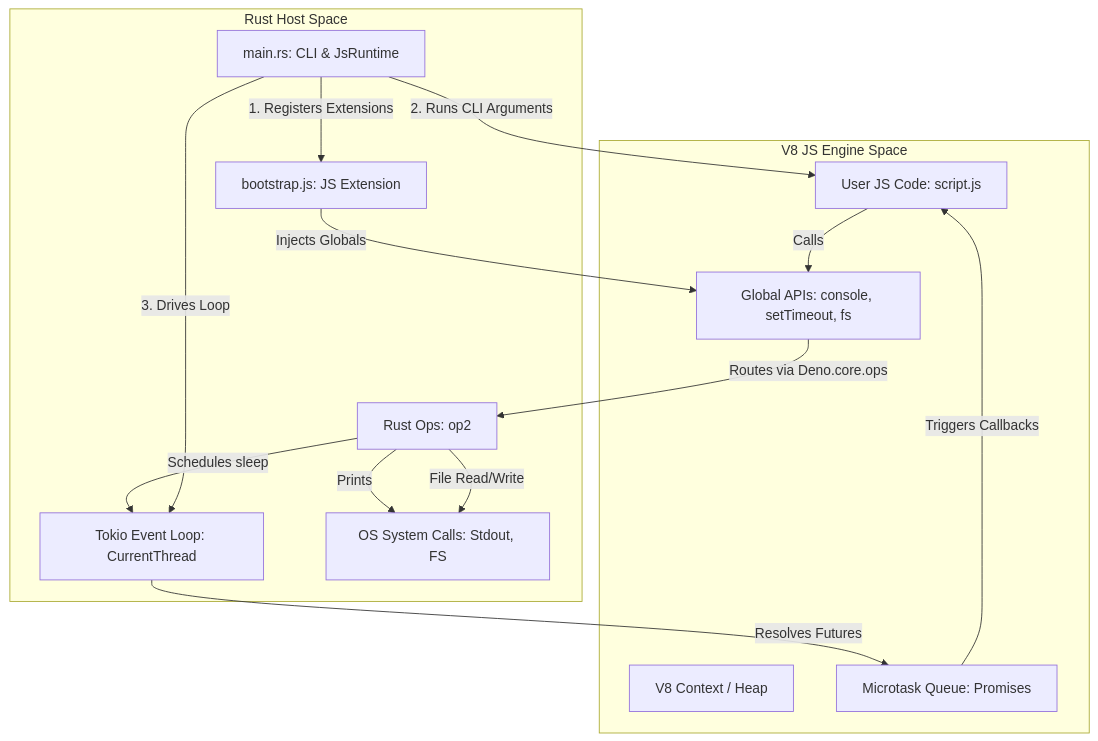
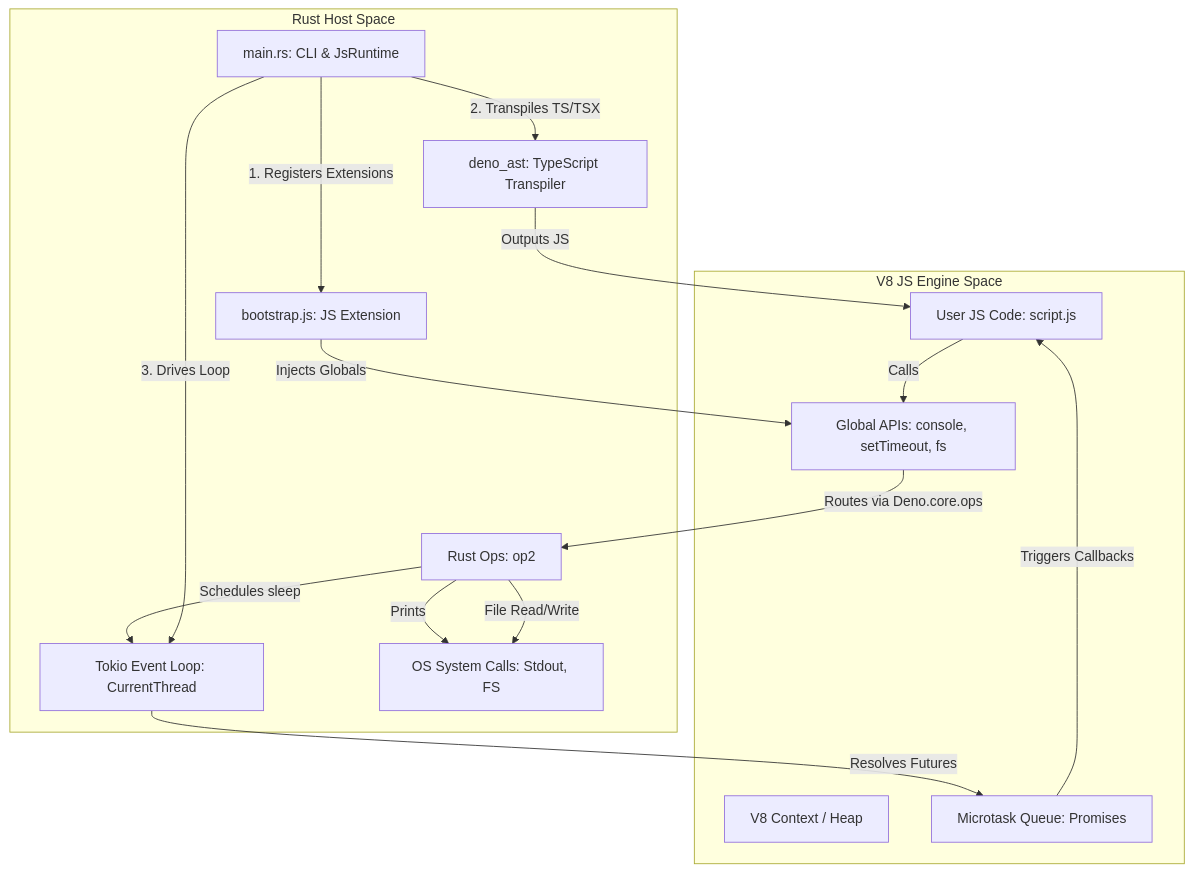
The diagram in README.md (prashantmathias/runtime), drawn with Mermaid before and after one commit. The commit also changed other lines of this file and 4 other files, not shown here.

Commit message:
feat: add TypeScript support via deno_ast transpilation and update runtime documentation

````diff
--- a/README.md
+++ b/README.md
@@ -11,34 +11,36 @@
 ```mermaid
 graph TD
     %% Define Spaces
     subgraph JS_Space [V8 JS Engine Space]
         UserCode[User JS Code: script.js]
         GlobalAPIs[Global APIs: console, setTimeout, fs]
         V8Context[V8 Context / Heap]
         PromiseQueue[Microtask Queue: Promises]
     end
 
     subgraph Rust_Space [Rust Host Space]
         MainCLI[main.rs: CLI & JsRuntime]
+        TSCompiler[deno_ast: TypeScript Transpiler]
         TokioEventLoop[Tokio Event Loop: CurrentThread]
         Bootstrap[bootstrap.js: JS Extension]
         CustomOps[Rust Ops: op2]
         OS_API[OS System Calls: Stdout, FS]
     end
 
     %% Interactions
     UserCode -->|Calls| GlobalAPIs
     Bootstrap -->|Injects Globals| GlobalAPIs
     GlobalAPIs -->|Routes via Deno.core.ops| CustomOps
     
     CustomOps -->|Prints| OS_API
     CustomOps -->|File Read/Write| OS_API
     CustomOps -->|Schedules sleep| TokioEventLoop
     
     TokioEventLoop -->|Resolves Futures| PromiseQueue
     PromiseQueue -->|Triggers Callbacks| UserCode
     
     MainCLI -->|1. Registers Extensions| Bootstrap
-    MainCLI -->|2. Runs CLI Arguments| UserCode
+    MainCLI -->|2. Transpiles TS/TSX| TSCompiler
+    TSCompiler -->|Outputs JS| UserCode
     MainCLI -->|3. Drives Loop| TokioEventLoop
 ```
````
